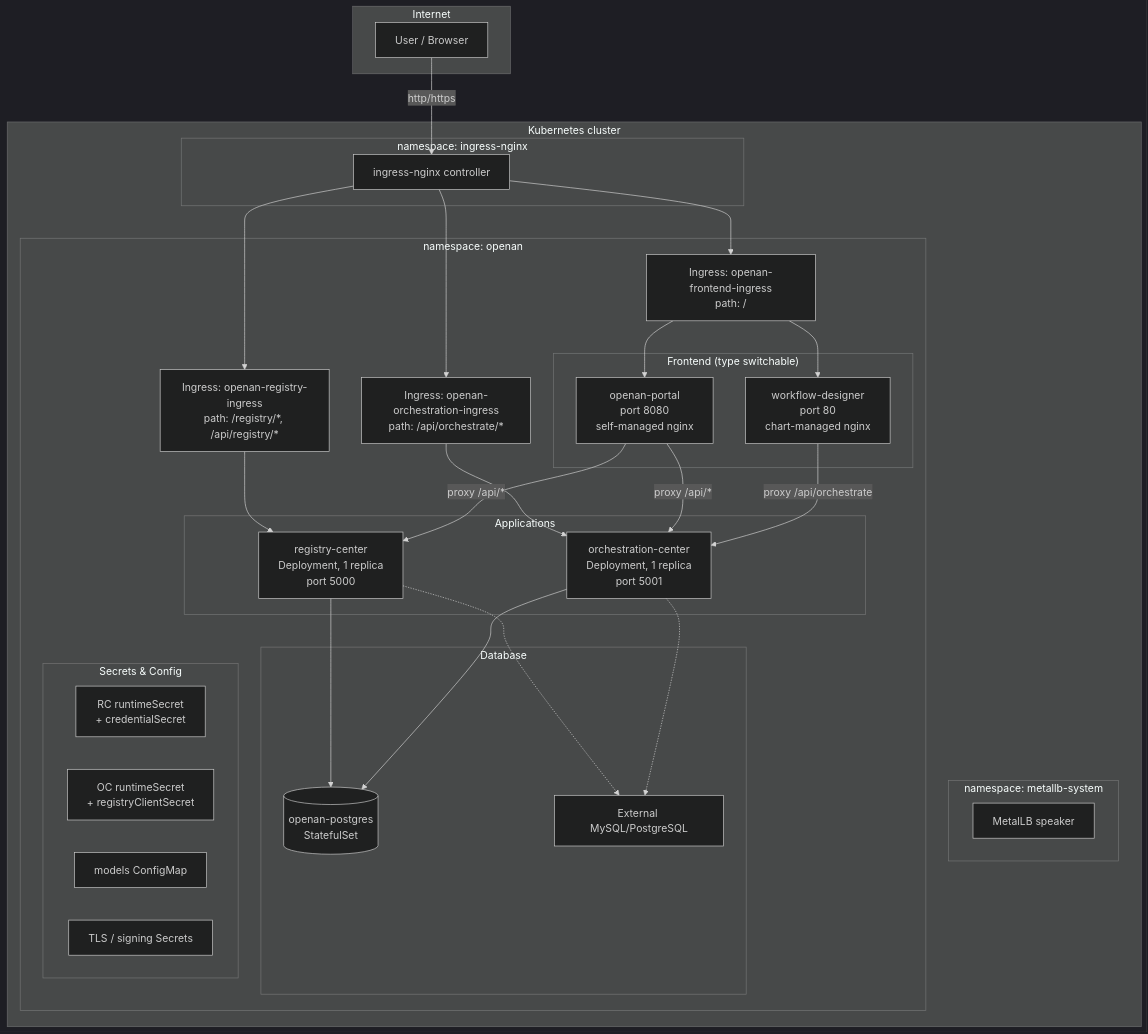
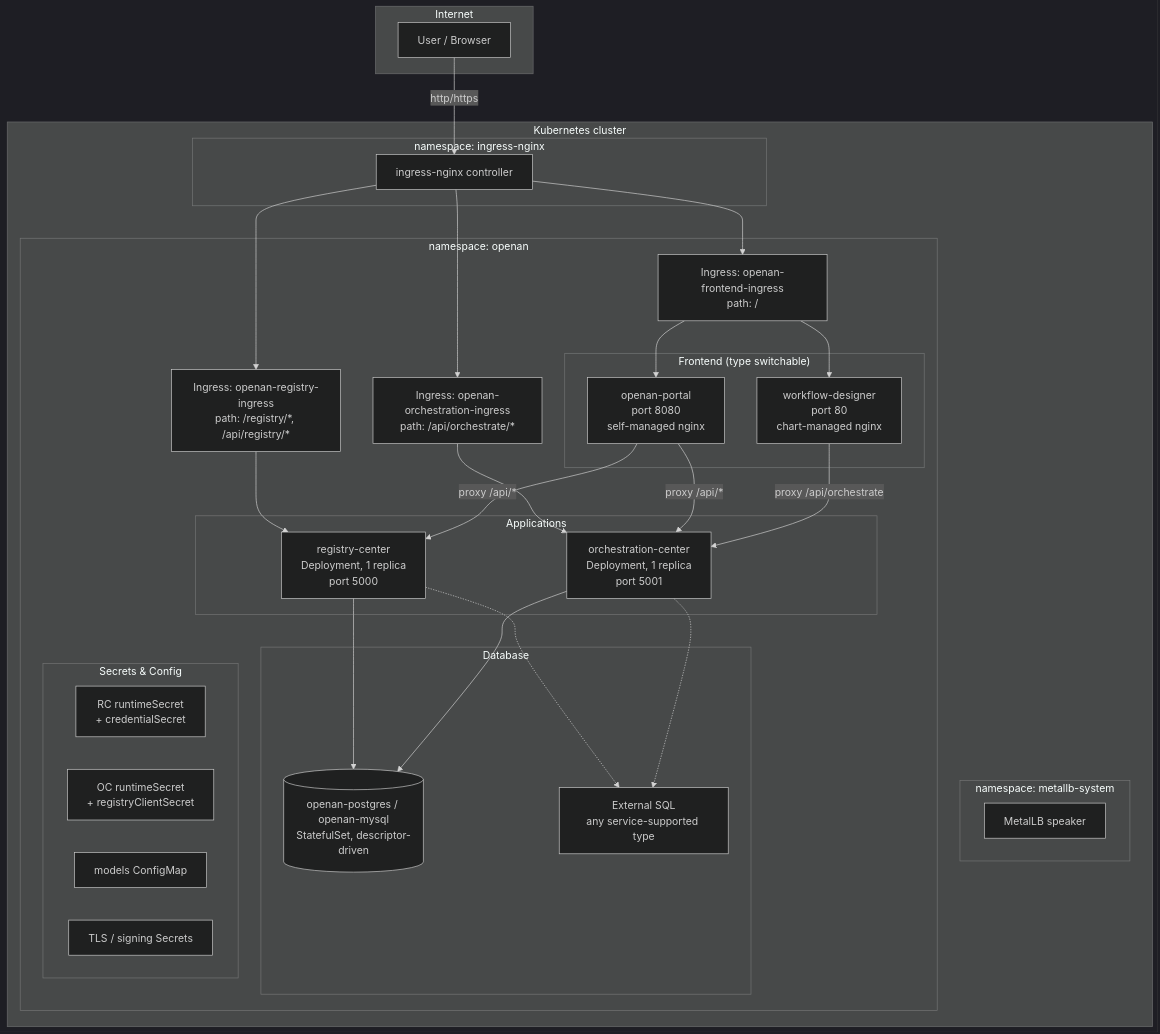
Before and after one commit to project-openan/openan-installation: the first of 5 diagrams in docs/en/online-install-architecture.en.md, drawn with Mermaid (dark theme). The commit also changed other lines of this file and 29 other files, not shown here.

Commit message:
feat(installers): descriptor-driven bundled databases on the online line — one type, data everywhere (issue #36)

````diff
--- a/docs/en/online-install-architecture.en.md
+++ b/docs/en/online-install-architecture.en.md
@@ -45,54 +45,54 @@
 ```mermaid
 graph TB
     subgraph "Internet"
         User[User / Browser]
     end
 
     subgraph "Kubernetes cluster"
         subgraph "namespace: ingress-nginx"
             IG[ingress-nginx controller]
         end
 
         subgraph "namespace: metallb-system"
             ML[MetalLB speaker]
         end
 
         subgraph "namespace: openan"
             ING_FE[Ingress: openan-frontend-ingress<br/>path: /]
             ING_ORC[Ingress: openan-orchestration-ingress<br/>path: /api/orchestrate/*]
             ING_RC[Ingress: openan-registry-ingress<br/>path: /registry/*, /api/registry/*]
 
             subgraph "Frontend (type switchable)"
                 FE_P[openan-portal<br/>port 8080<br/>self-managed nginx]
                 FE_WD[workflow-designer<br/>port 80<br/>chart-managed nginx]
             end
 
             subgraph "Applications"
                 RC[registry-center<br/>Deployment, 1 replica<br/>port 5000]
                 OC[orchestration-center<br/>Deployment, 1 replica<br/>port 5001]
             end
 
             subgraph "Database"
-                PG[(openan-postgres<br/>StatefulSet)]
-                EXT_DB[External MySQL/PostgreSQL]
+                PG[(openan-postgres / openan-mysql<br/>StatefulSet, descriptor-driven)]
+                EXT_DB[External SQL<br/>any service-supported type]
             end
 
             subgraph "Secrets & Config"
                 SECR[RC runtimeSecret<br/>+ credentialSecret]
                 SECO[OC runtimeSecret<br/>+ registryClientSecret]
                 CMP[models ConfigMap]
                 TLS[TLS / signing Secrets]
             end
         end
     end
 
     User -->|http/https| IG
     IG --> ING_FE & ING_ORC & ING_RC
     ING_FE --> FE_P & FE_WD
     ING_ORC --> OC
     ING_RC --> RC
     FE_P -->|proxy /api/*| OC & RC
     FE_WD -->|proxy /api/orchestrate| OC
     RC & OC --> PG
     RC & OC -.-> EXT_DB
 ```
````
